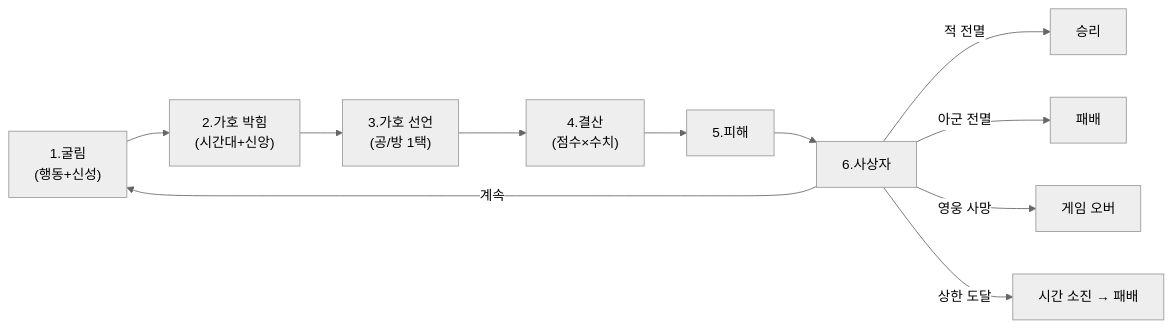
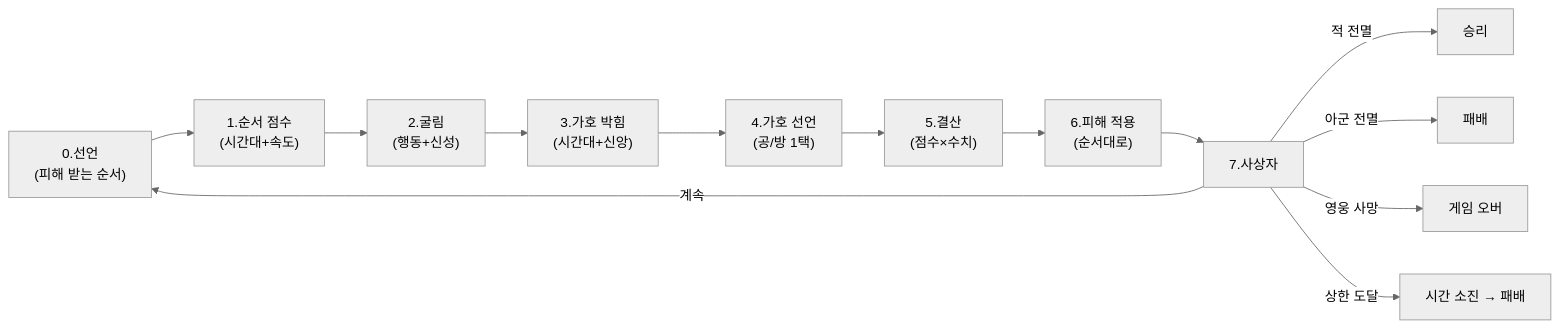
Before and after one commit to roam1215-beep/Chronicle-wiki: the diagram in 02_전투/구조/전투구조.md, drawn with Mermaid (neutral theme). The commit also changed other lines of this file, not shown here.

````diff
--- a/02_전투/구조/전투구조.md
+++ b/02_전투/구조/전투구조.md
@@ -98,9 +161,15 @@
 ```mermaid
 flowchart LR
-    S1["1.굴림<br>(행동+신성)"] --> S2["2.가호 박힘<br>(시간대+신앙)"] --> S3["3.가호 선언<br>(공/방 1택)"] --> S4["4.결산<br>(점수×수치)"] --> S5["5.피해"] --> S6["6.사상자"]
-    S6 -->|적 전멸| WIN["승리"]
-    S6 -->|아군 전멸| LOSE["패배"]
-    S6 -->|영웅 사망| GAMEOVER["게임 오버"]
-    S6 -->|상한 도달| TIMEOUT["시간 소진 → 패배"]
-    S6 -->|계속| S1
+    S0["0.선언<br>(피해 받는 순서)"] --> S1["1.순서 점수<br>(시간대+속도)"]
+    S1 --> S2["2.굴림<br>(행동+신성)"]
+    S2 --> S3["3.가호 박힘<br>(시간대+신앙)"]
+    S3 --> S4["4.가호 선언<br>(공/방 1택)"]
+    S4 --> S5["5.결산<br>(점수×수치)"]
+    S5 --> S6["6.피해 적용<br>(순서대로)"]
+    S6 --> S7["7.사상자"]
+    S7 -->|적 전멸| WIN["승리"]
+    S7 -->|아군 전멸| LOSE["패배"]
+    S7 -->|영웅 사망| GAMEOVER["게임 오버"]
+    S7 -->|상한 도달| TIMEOUT["시간 소진 → 패배"]
+    S7 -->|계속| S0
 ```
````
